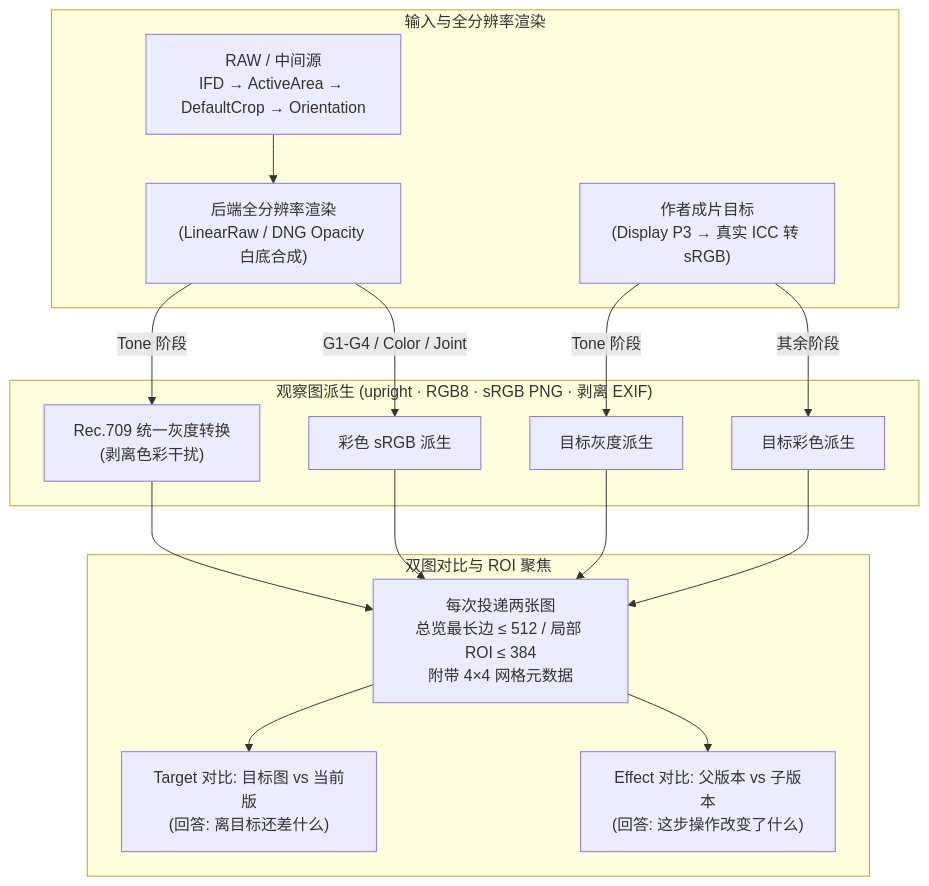
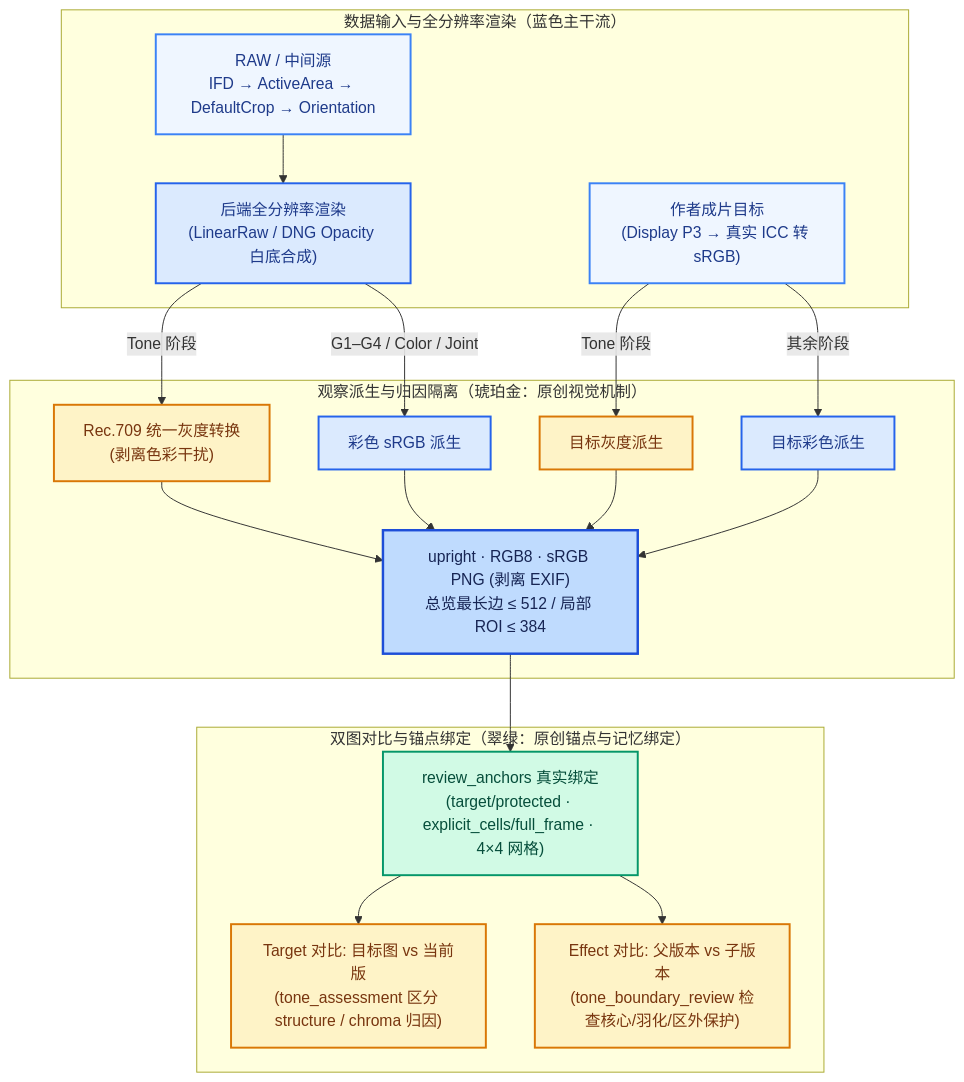
Before and after one commit to ARCHIC001/RetouchAgain: the second of 4 diagrams in README.md, drawn with Mermaid. The commit also changed other lines of this file and 5 other files, not shown here.

````diff
--- a/README.md
+++ b/README.md
@@ -37,21 +58,27 @@
 ```mermaid
 flowchart TB
-    subgraph Input["输入与全分辨率渲染"]
-        RAW["RAW / 中间源<br/>IFD → ActiveArea → DefaultCrop → Orientation"] --> Render["后端全分辨率渲染<br/>(LinearRaw / DNG Opacity 白底合成)"]
-        Target["作者成片目标<br/>(Display P3 → 真实 ICC 转 sRGB)"]
+    classDef flowStart fill:#eff6ff,stroke:#3b82f6,color:#1e3a8a,stroke-width:2px
+    classDef flowMid fill:#dbeafe,stroke:#2563eb,color:#1e3a8a,stroke-width:2px
+    classDef flowEnd fill:#bfdbfe,stroke:#1d4ed8,color:#172554,stroke-width:2.5px
+    classDef origVisual fill:#fef3c7,stroke:#d97706,color:#78350f,stroke-width:2px
+    classDef origMemory fill:#d1fae5,stroke:#059669,color:#064e3b,stroke-width:2px
+
+    subgraph Input["数据输入与全分辨率渲染（蓝色主干流）"]
+        RAW["RAW / 中间源<br/>IFD → ActiveArea → DefaultCrop → Orientation"]:::flowStart --> Render["后端全分辨率渲染<br/>(LinearRaw / DNG Opacity 白底合成)"]:::flowMid
+        Target["作者成片目标<br/>(Display P3 → 真实 ICC 转 sRGB)"]:::flowStart
     end
 
-    subgraph Derive["观察图派生 (upright · RGB8 · sRGB PNG · 剥离 EXIF)"]
-        Render -->|"Tone 阶段"| Gray["Rec.709 统一灰度转换<br/>(剥离色彩干扰)"]
-        Render -->|"G1-G4 / Color / Joint"| RGB["彩色 sRGB 派生"]
-        Target -->|"Tone 阶段"| GrayT["目标灰度派生"]
-        Target -->|"其余阶段"| RGBT["目标彩色派生"]
+    subgraph Derive["观察派生与归因隔离（琥珀金：原创视觉机制）"]
+        Render -->|"Tone 阶段"| Gray["Rec.709 统一灰度转换<br/>(剥离色彩干扰)"]:::origVisual
+        Render -->|"G1–G4 / Color / Joint"| RGB["彩色 sRGB 派生"]:::flowMid
+        Target -->|"Tone 阶段"| GrayT["目标灰度派生"]:::origVisual
+        Target -->|"其余阶段"| RGBT["目标彩色派生"]:::flowMid
+        Gray & GrayT & RGB & RGBT --> PNG["upright · RGB8 · sRGB PNG (剥离 EXIF)<br/>总览最长边 ≤ 512 / 局部 ROI ≤ 384"]:::flowEnd
     end
 
-    subgraph Compare["双图对比与 ROI 聚焦"]
-        Gray & GrayT --> Pair["每次投递两张图<br/>总览最长边 ≤ 512 / 局部 ROI ≤ 384<br/>附带 4×4 网格元数据"]
-        RGB & RGBT --> Pair
-        Pair --> TargetCmp["Target 对比: 目标图 vs 当前版<br/>(回答: 离目标还差什么)"]
-        Pair --> EffectCmp["Effect 对比: 父版本 vs 子版本<br/>(回答: 这步操作改变了什么)"]
+    subgraph Compare["双图对比与锚点绑定（翠绿：原创锚点与记忆绑定）"]
+        PNG --> Anchors["review_anchors 真实绑定<br/>(target/protected · explicit_cells/full_frame · 4×4 网格)"]:::origMemory
+        Anchors --> TargetCmp["Target 对比: 目标图 vs 当前版<br/>(tone_assessment 区分 structure / chroma 归因)"]:::origVisual
+        Anchors --> EffectCmp["Effect 对比: 父版本 vs 子版本<br/>(tone_boundary_review 检查核心/羽化/区外保护)"]:::origVisual
     end
 ```
````
